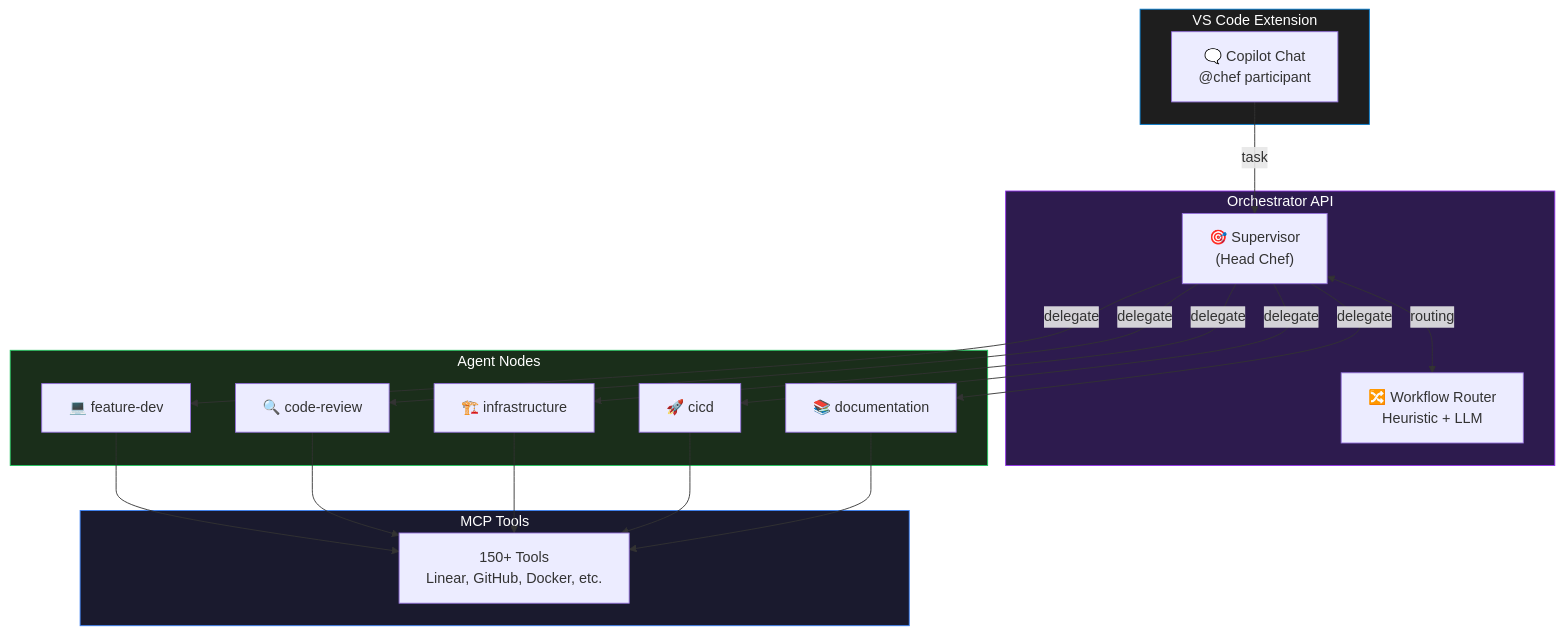
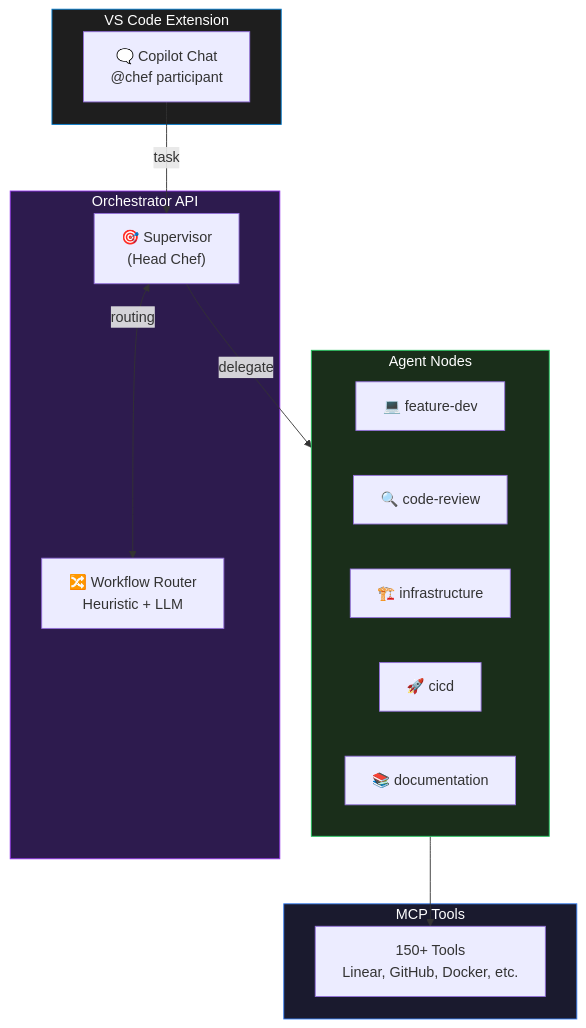
The diagram in extensions/vscode-codechef/README.md (Appsmithery/code-chef), drawn with Mermaid before and after one commit.

Commit message:
docs: simplify architecture diagram with single delegate arrow

````diff
--- a/extensions/vscode-codechef/README.md
+++ b/extensions/vscode-codechef/README.md
@@ -12,42 +12,33 @@
 ```mermaid
 flowchart TB
     subgraph vscode["VS Code Extension"]
         chat["🗨️ Copilot Chat<br/>@chef participant"]
     end
 
     subgraph orchestrator["Orchestrator API"]
         supervisor["🎯 Supervisor<br/>(Head Chef)"]
         router["🔀 Workflow Router<br/>Heuristic + LLM"]
     end
 
     subgraph agents["Agent Nodes"]
         feature["💻 feature-dev"]
         review["🔍 code-review"]
         infra["🏗️ infrastructure"]
         cicd["🚀 cicd"]
         docs["📚 documentation"]
     end
 
     subgraph tools["MCP Tools"]
         mcp["150+ Tools<br/>Linear, GitHub, Docker, etc."]
     end
 
     chat -->|"task"| supervisor
     supervisor <-->|"routing"| router
-    supervisor -->|"delegate"| feature
-    supervisor -->|"delegate"| review
-    supervisor -->|"delegate"| infra
-    supervisor -->|"delegate"| cicd
-    supervisor -->|"delegate"| docs
-
-    feature --> mcp
-    review --> mcp
-    infra --> mcp
-    cicd --> mcp
-    docs --> mcp
+    supervisor -->|"delegate"| agents
+    agents --> mcp
 
     style vscode fill:#1e1e1e,stroke:#007acc,color:#fff
     style orchestrator fill:#2d1b4e,stroke:#9333ea,color:#fff
     style agents fill:#1a2e1a,stroke:#22c55e,color:#fff
     style tools fill:#1a1a2e,stroke:#3b82f6,color:#fff
 ```
````
